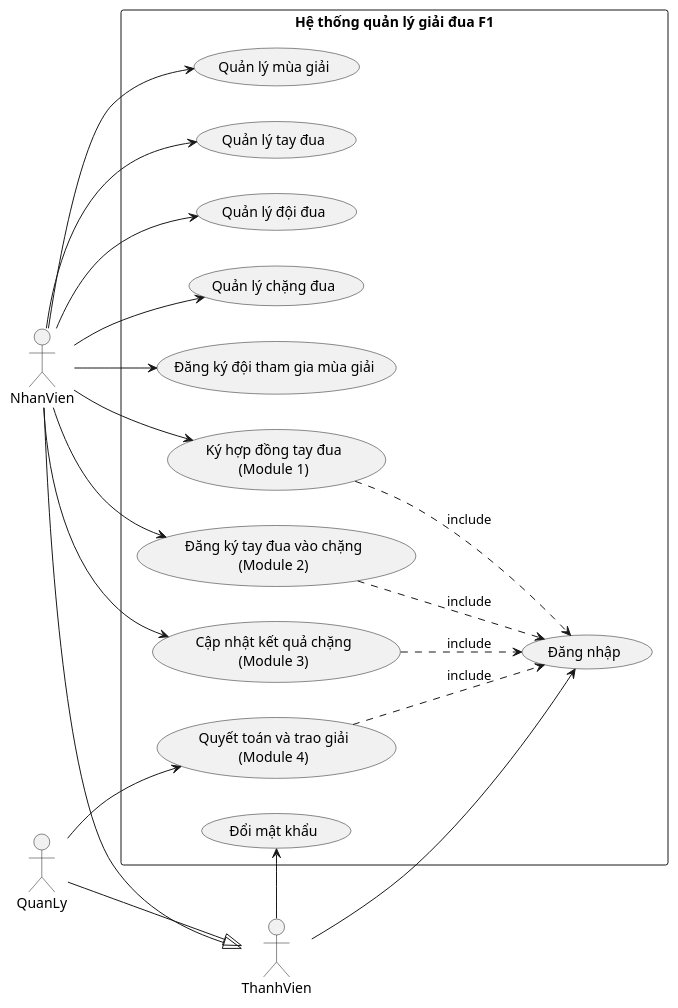
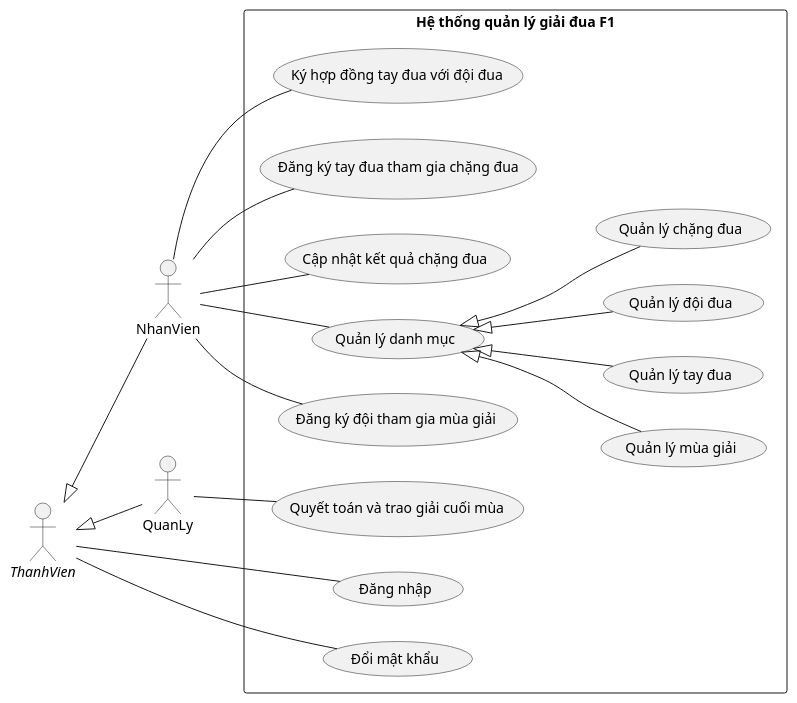
Before and after one commit to 7gho/CNPM-He2026: the diagram in docs/02-usecase-tong-quat.md, drawn with PlantUML. The commit also changed other lines of this file and 53 other files, not shown here.

````diff
--- a/docs/02-usecase-tong-quat.md
+++ b/docs/02-usecase-tong-quat.md
@@ -39,41 +122,41 @@
 ```plantuml
 @startuml
 left to right direction
-actor ThanhVien
+
+actor "<i>ThanhVien</i>" as ThanhVien
 actor NhanVien
 actor QuanLy
-NhanVien --|> ThanhVien
-QuanLy --|> ThanhVien
+
+ThanhVien <|-- NhanVien
+ThanhVien <|-- QuanLy
 
 rectangle "Hệ thống quản lý giải đua F1" {
   usecase "Đăng nhập" as UCDN
   usecase "Đổi mật khẩu" as UCMK
+  usecase "Quản lý danh mục" as UCDM
   usecase "Quản lý mùa giải" as UCMG
   usecase "Quản lý tay đua" as UCTD
   usecase "Quản lý đội đua" as UCDD
   usecase "Quản lý chặng đua" as UCCD
   usecase "Đăng ký đội tham gia mùa giải" as UCTG
-  usecase "Ký hợp đồng tay đua\n(Module 1)" as UC1
-  usecase "Đăng ký tay đua vào chặng\n(Module 2)" as UC2
-  usecase "Cập nhật kết quả chặng\n(Module 3)" as UC3
-  usecase "Quyết toán và trao giải\n(Module 4)" as UC4
+  usecase "Ký hợp đồng tay đua với đội đua" as UC1
+  usecase "Đăng ký tay đua tham gia chặng đua" as UC2
+  usecase "Cập nhật kết quả chặng đua" as UC3
+  usecase "Quyết toán và trao giải cuối mùa" as UC4
 }
 
-ThanhVien --> UCDN
-ThanhVien --> UCMK
-NhanVien --> UCMG
-NhanVien --> UCTD
-NhanVien --> UCDD
-NhanVien --> UCCD
-NhanVien --> UCTG
-NhanVien --> UC1
-NhanVien --> UC2
-NhanVien --> UC3
-QuanLy --> UC4
+UCDM <|-- UCMG
+UCDM <|-- UCTD
+UCDM <|-- UCDD
+UCDM <|-- UCCD
 
-UC1 ..> UCDN : include
-UC2 ..> UCDN : include
-UC3 ..> UCDN : include
-UC4 ..> UCDN : include
+ThanhVien -- UCDN
+ThanhVien -- UCMK
+NhanVien -- UCDM
+NhanVien -- UCTG
+NhanVien -- UC1
+NhanVien -- UC2
+NhanVien -- UC3
+QuanLy -- UC4
 @enduml
 ```
````
